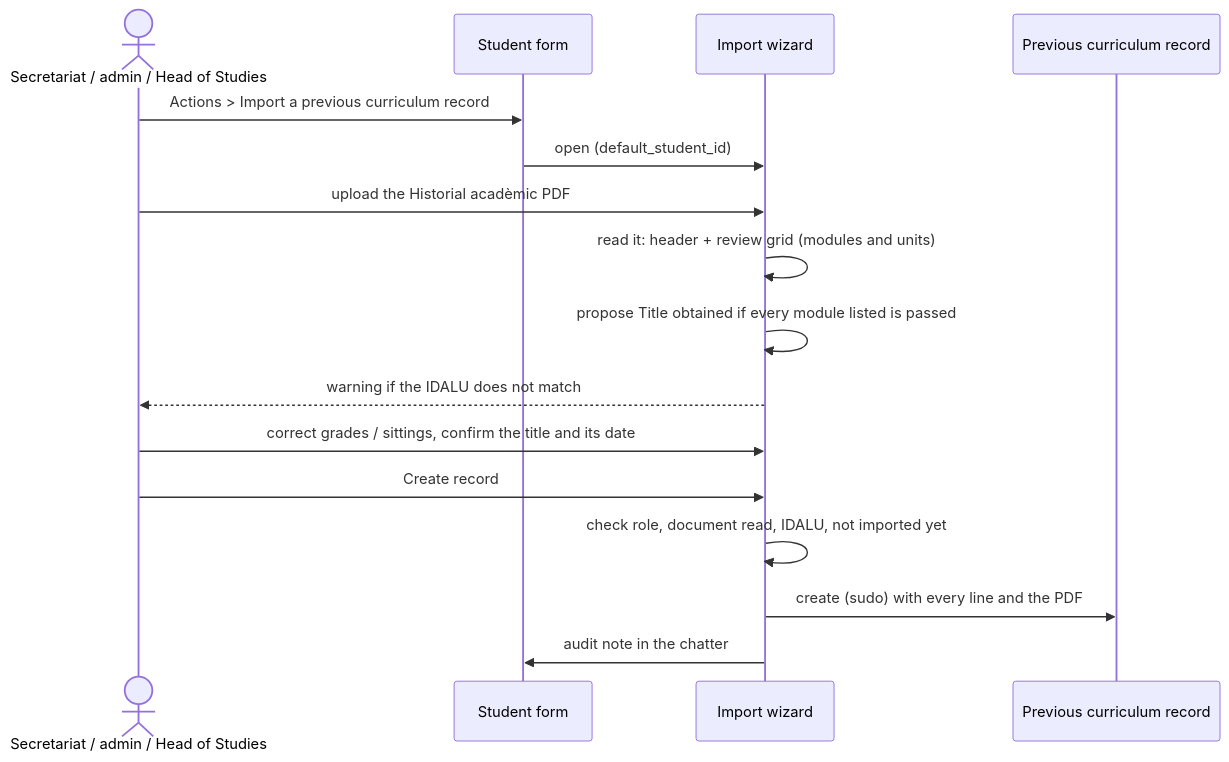
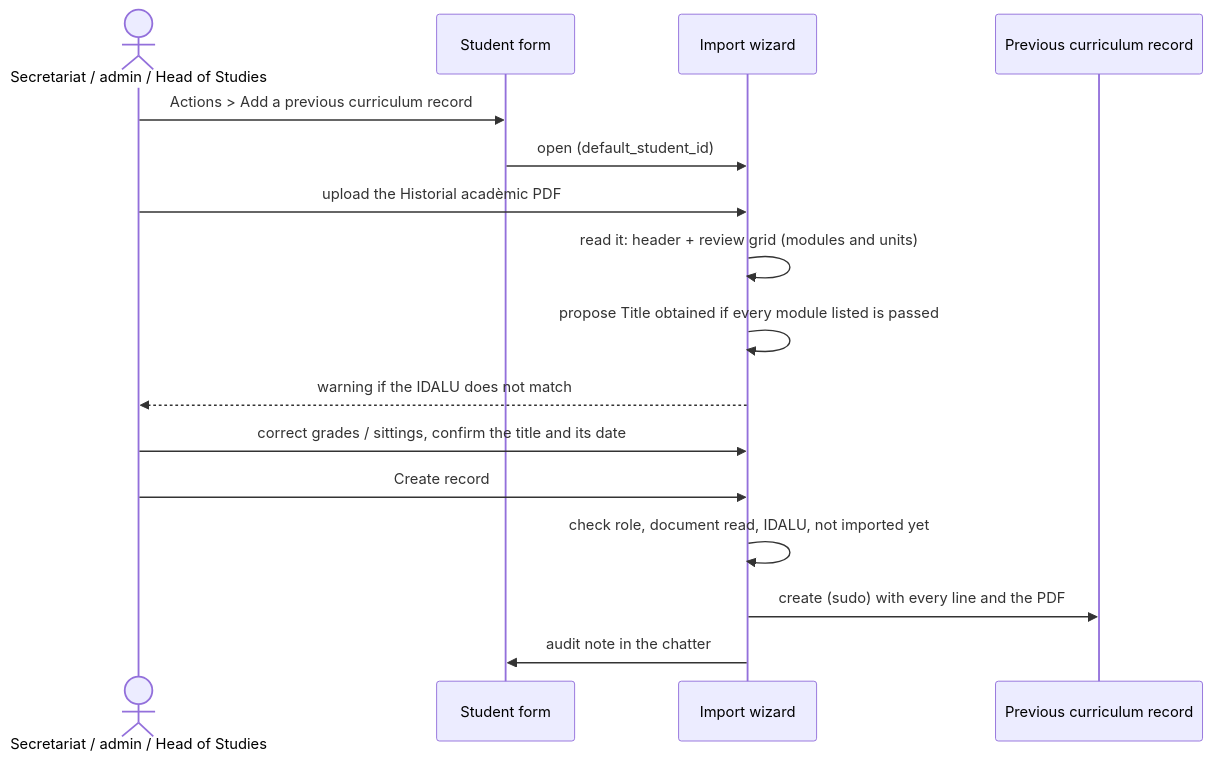
Before and after one commit to ElPuig/EMS: the second of 2 diagrams in docs/en/developers/grades/previous_curriculum_record.md, drawn with Mermaid. The commit also changed 14 other files, not shown here.

Commit message:
Rename to 'Add a previous curriculum record' and translate it in the student and convalidation forms

````diff
--- a/docs/en/developers/grades/previous_curriculum_record.md
+++ b/docs/en/developers/grades/previous_curriculum_record.md
@@ -88,18 +88,18 @@
 ```mermaid
 sequenceDiagram
     actor S as Secretariat / admin / Head of Studies
     participant P as Student form
     participant W as Import wizard
     participant R as Previous curriculum record
-    S->>P: Actions > Import a previous curriculum record
+    S->>P: Actions > Add a previous curriculum record
     P->>W: open (default_student_id)
     S->>W: upload the Historial acadèmic PDF
     W->>W: read it: header + review grid (modules and units)
     W->>W: propose Title obtained if every module listed is passed
     W-->>S: warning if the IDALU does not match
     S->>W: correct grades / sittings, confirm the title and its date
     S->>W: Create record
     W->>W: check role, document read, IDALU, not imported yet
     W->>R: create (sudo) with every line and the PDF
     W->>P: audit note in the chatter
 ```
````
